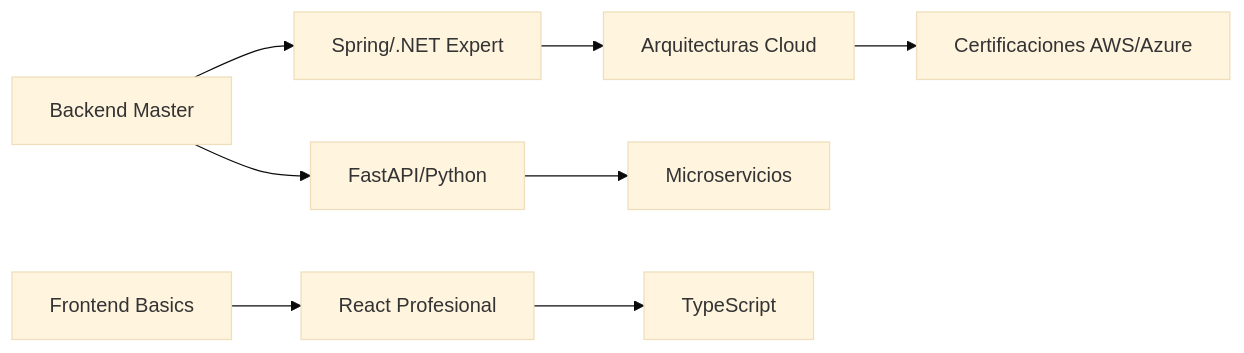
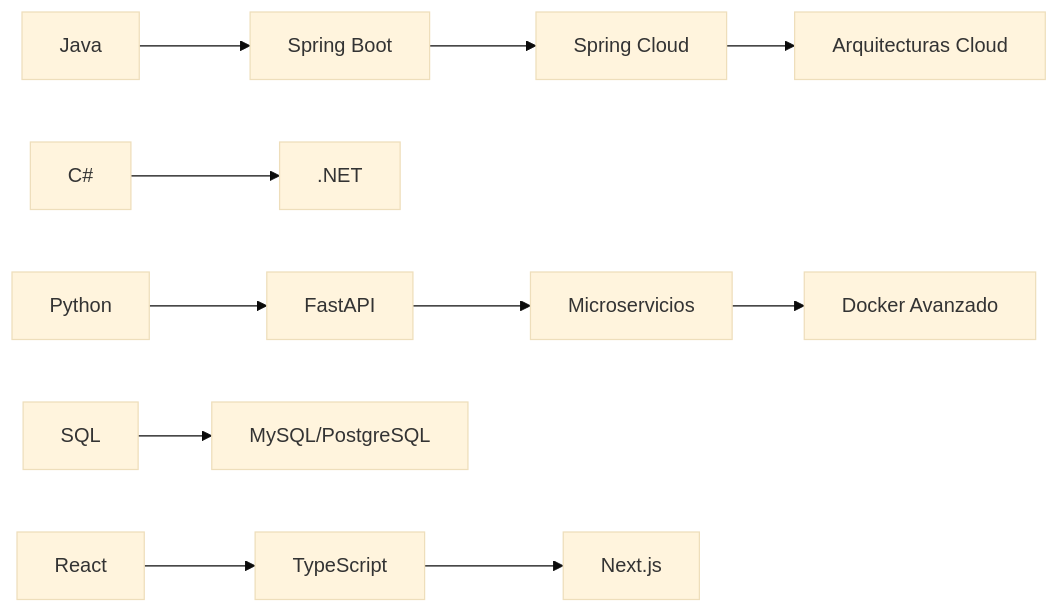
The diagram in README.md (Brian13b/Brian13b), drawn with Mermaid (base theme) before and after one commit.

````diff
--- a/README.md
+++ b/README.md
@@ -57,10 +57,18 @@
 ```mermaid
 graph LR
-    A[Backend Master] --> B[Spring/.NET Expert]
-    A --> C[FastAPI/Python]
-    B --> D[Arquitecturas Cloud]
-    C --> E[Microservicios]
-    D --> F[Certificaciones AWS/Azure]
-    G[Frontend Basics] --> H[React Profesional]
-    H --> I[TypeScript]
+    %% --- Lo que YA DOMINO ---
+    A[Java] --> B[Spring Boot]
+    C[C#] --> D[.NET]
+    E[Python] --> F[FastAPI]
+    G[SQL] --> H[MySQL/PostgreSQL]
+    
+    %% --- En APRENDIZAJE ACTUAL ---
+    B --> I[Spring Cloud]
+    F --> J[Microservicios]
+    K[React] --> L[TypeScript]
+    
+    %% --- PRÓXIMOS OBJETIVOS ---
+    I --> M[Arquitecturas Cloud]
+    J --> N[Docker Avanzado]
+    L --> O[Next.js]
 ```
````
